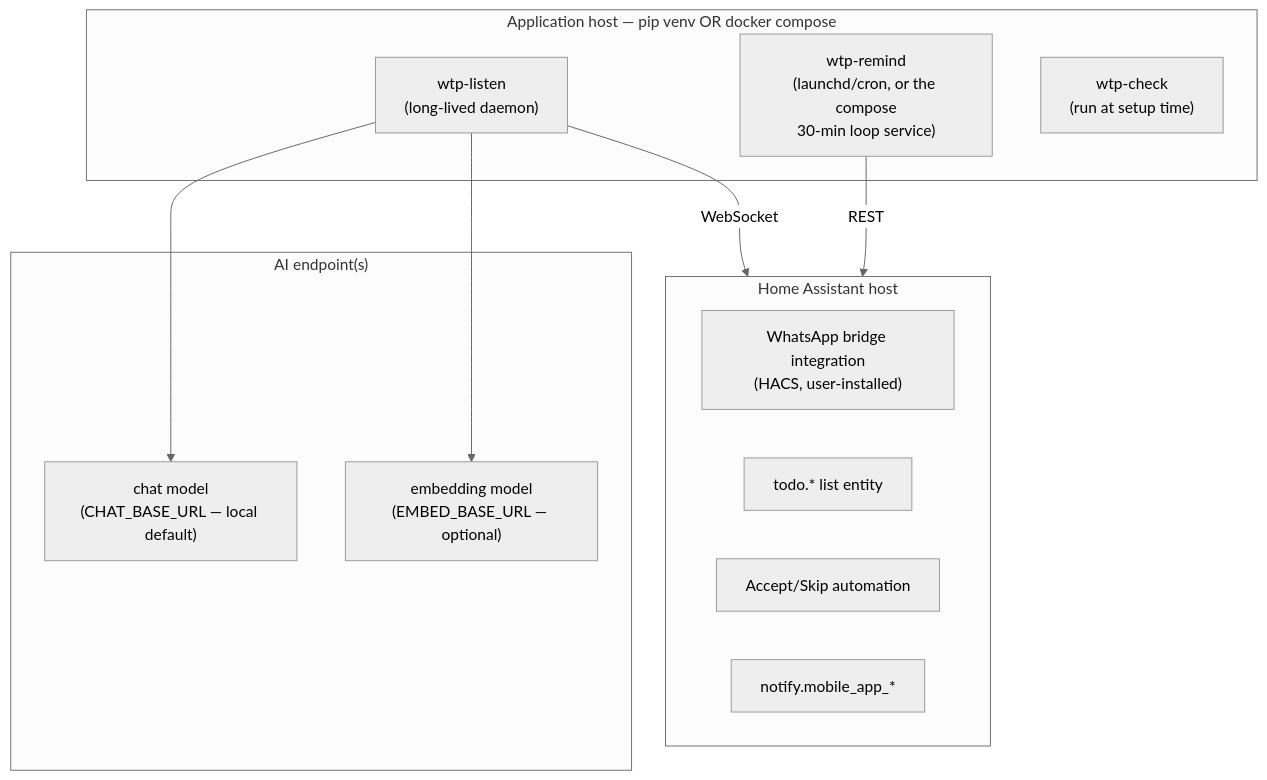
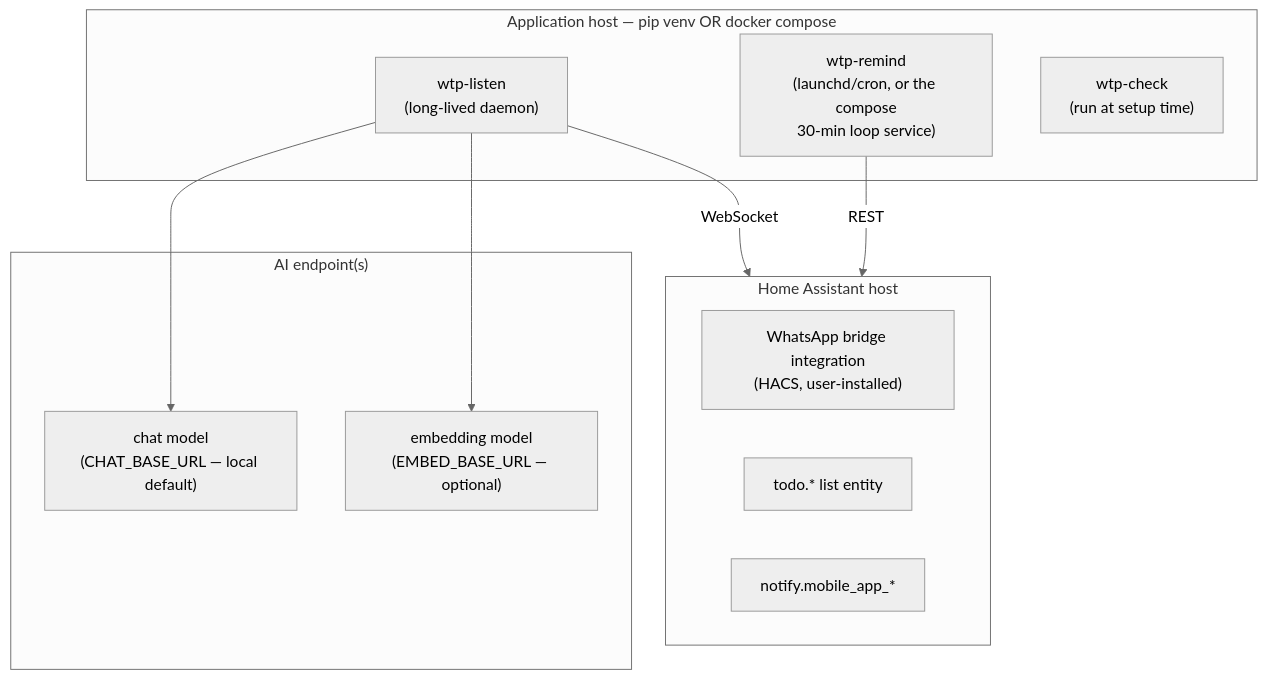
One commit to danaghili/whatsapp-task-pipeline changed the diagram in docs/architecture/07-deployment.md. Above: the diagram before and after it, drawn with Mermaid (neutral theme). The commit also changed 11 other files, not shown here.

First line of the commit message:
Record sync for the tool-side Accept/Skip fix (D-0018)

````diff
--- a/docs/architecture/07-deployment.md
+++ b/docs/architecture/07-deployment.md
@@ -6,22 +6,21 @@
 ```mermaid
 graph TB
     subgraph ha_host["Home Assistant host"]
         bridge["WhatsApp bridge integration<br/>(HACS, user-installed)"]
         todo["todo.* list entity"]
-        auto["Accept/Skip automation"]
         notify["notify.mobile_app_*"]
     end
     subgraph app_host["Application host — pip venv OR docker compose"]
         listener["wtp-listen<br/>(long-lived daemon)"]
         reminders["wtp-remind<br/>(launchd/cron, or the compose<br/>30-min loop service)"]
         checker["wtp-check<br/>(run at setup time)"]
     end
     subgraph model_host["AI endpoint(s)"]
         chat["chat model<br/>(CHAT_BASE_URL — local default)"]
         embed["embedding model<br/>(EMBED_BASE_URL — optional)"]
     end
     listener -- WebSocket --> ha_host
     listener --> chat
     listener --> embed
     reminders -- REST --> ha_host
 ```
````
